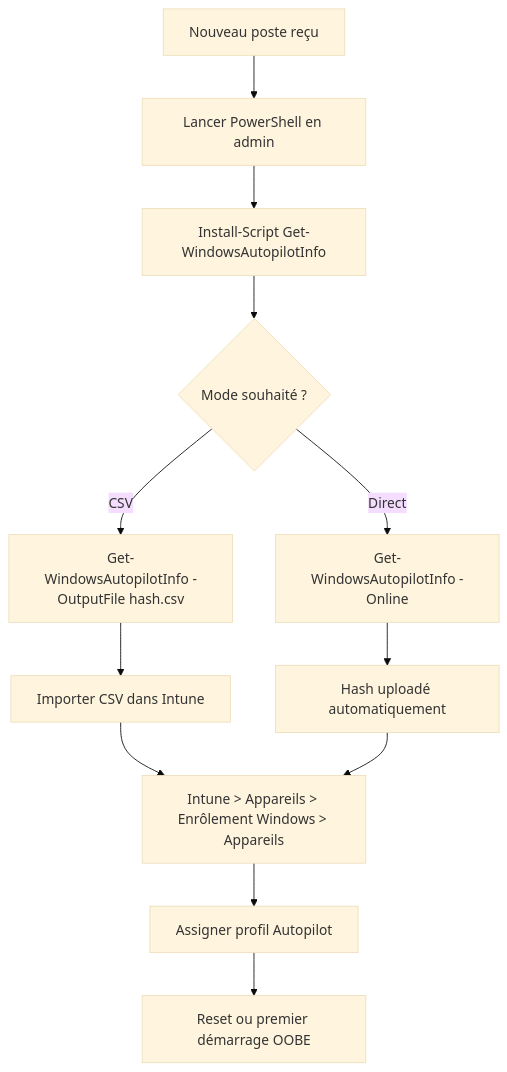
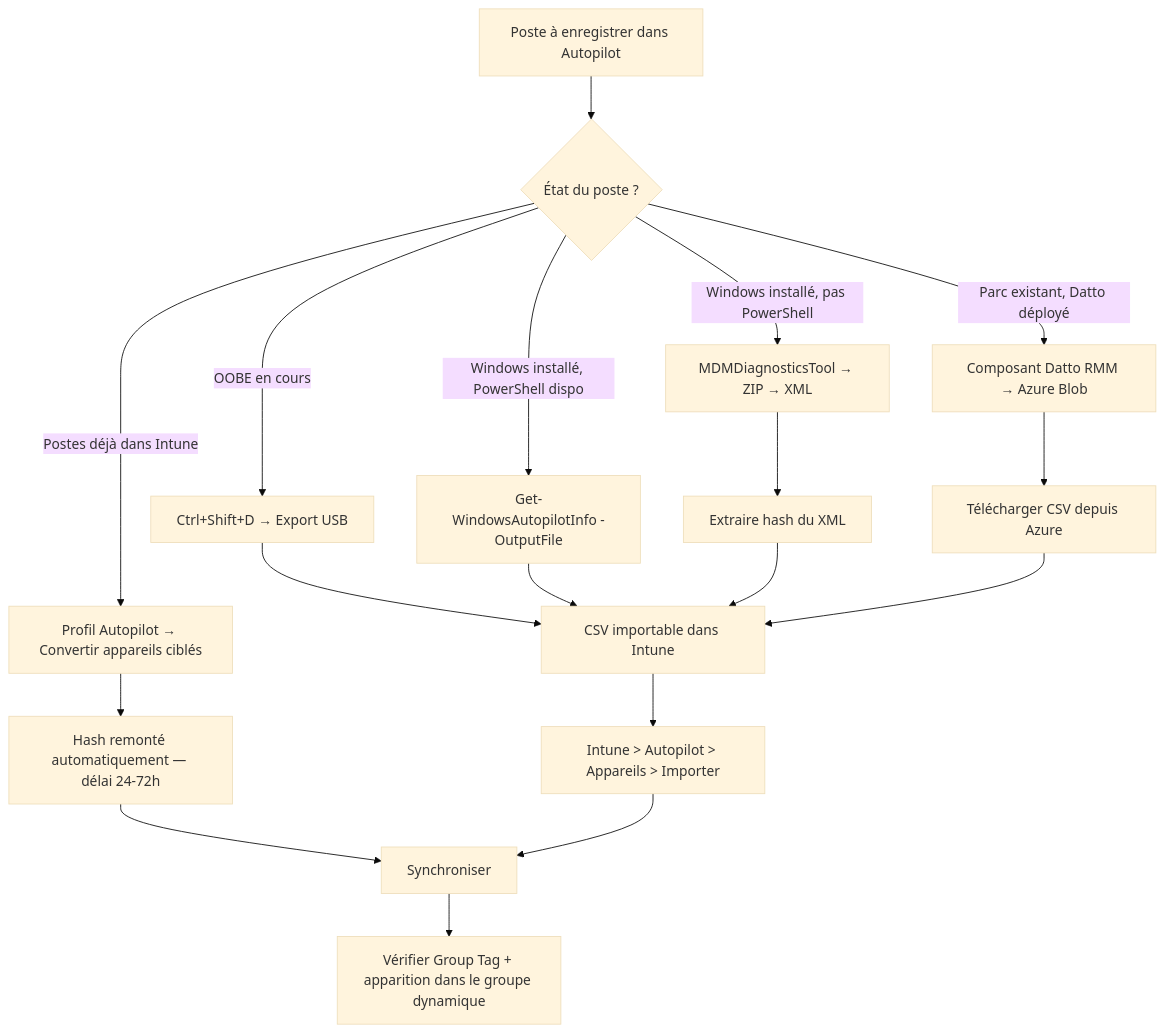
Before and after one commit to robertcotton13670-alt/kb: the second of 2 diagrams in docs/refs/autopilot-hash.md, drawn with Mermaid (base theme). The commit also changed other lines of this file and 3 other files, not shown here.

First line of the commit message:
feat(refs/autopilot-hash): remplace Get-WindowsAutopilotInfo par guide complet 5 méthodes

````diff
--- a/docs/refs/autopilot-hash.md
+++ b/docs/refs/autopilot-hash.md
@@ -99,14 +240,20 @@
 ```mermaid
 graph TD
-    A[Nouveau poste reçu] --> B[Lancer PowerShell en admin]
-    B --> C[Install-Script Get-WindowsAutopilotInfo]
-    C --> D{Mode souhaité ?}
-    D -- CSV --> E[Get-WindowsAutopilotInfo -OutputFile hash.csv]
-    D -- Direct --> F[Get-WindowsAutopilotInfo -Online]
-    E --> G[Importer CSV dans Intune]
-    F --> H[Hash uploadé automatiquement]
-    G --> I[Intune > Appareils > Enrôlement Windows > Appareils]
-    H --> I
-    I --> J[Assigner profil Autopilot]
-    J --> K[Reset ou premier démarrage OOBE]
+    A[Poste à enregistrer dans Autopilot] --> B{État du poste ?}
+    B -- OOBE en cours --> C[Ctrl+Shift+D → Export USB]
+    B -- Windows installé, pas PowerShell --> D[MDMDiagnosticsTool → ZIP → XML]
+    B -- Windows installé, PowerShell dispo --> E[Get-WindowsAutopilotInfo -OutputFile]
+    B -- Parc existant, Datto déployé --> F[Composant Datto RMM → Azure Blob]
+    B -- Postes déjà dans Intune --> M[Profil Autopilot → Convertir appareils ciblés]
+    C --> G[CSV importable dans Intune]
+    D --> H[Extraire hash du XML]
+    E --> G
+    F --> I[Télécharger CSV depuis Azure]
+    H --> G
+    I --> G
+    M --> N[Hash remonté automatiquement — délai 24-72h]
+    G --> J[Intune > Autopilot > Appareils > Importer]
+    N --> K[Synchroniser]
+    J --> K
+    K --> L[Vérifier Group Tag + apparition dans le groupe dynamique]
 ```
````
